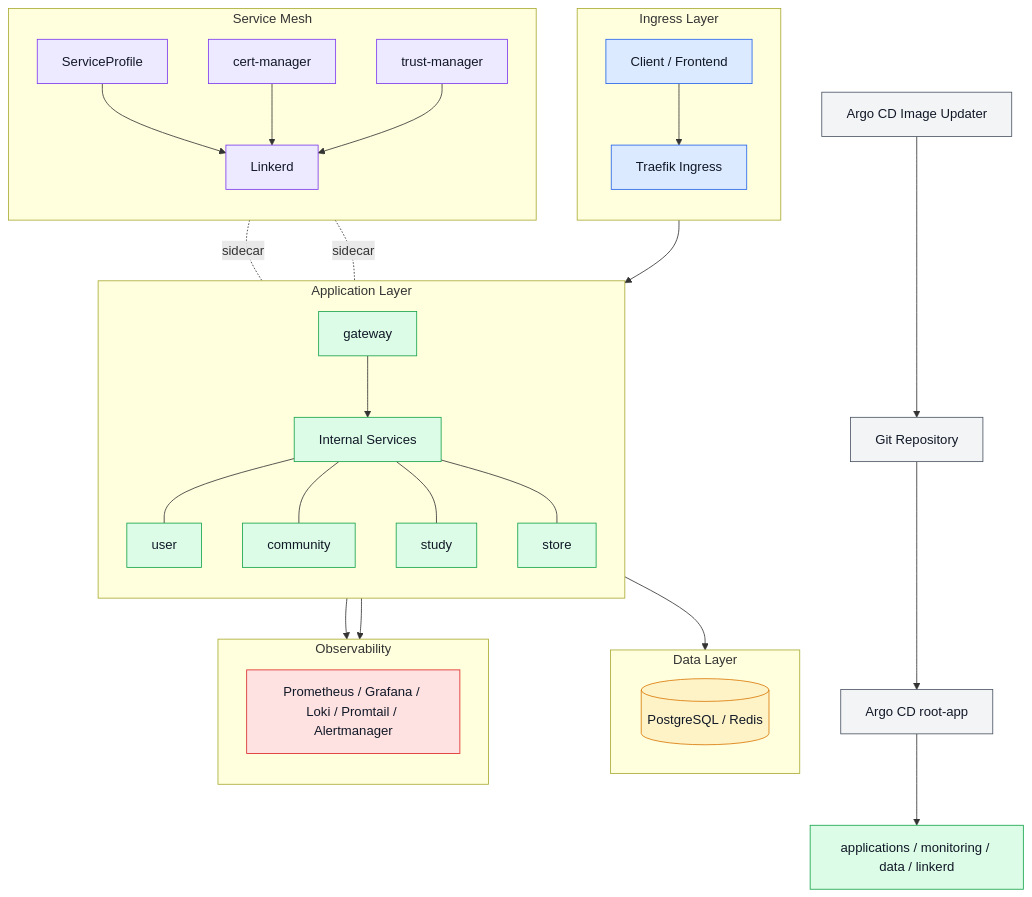
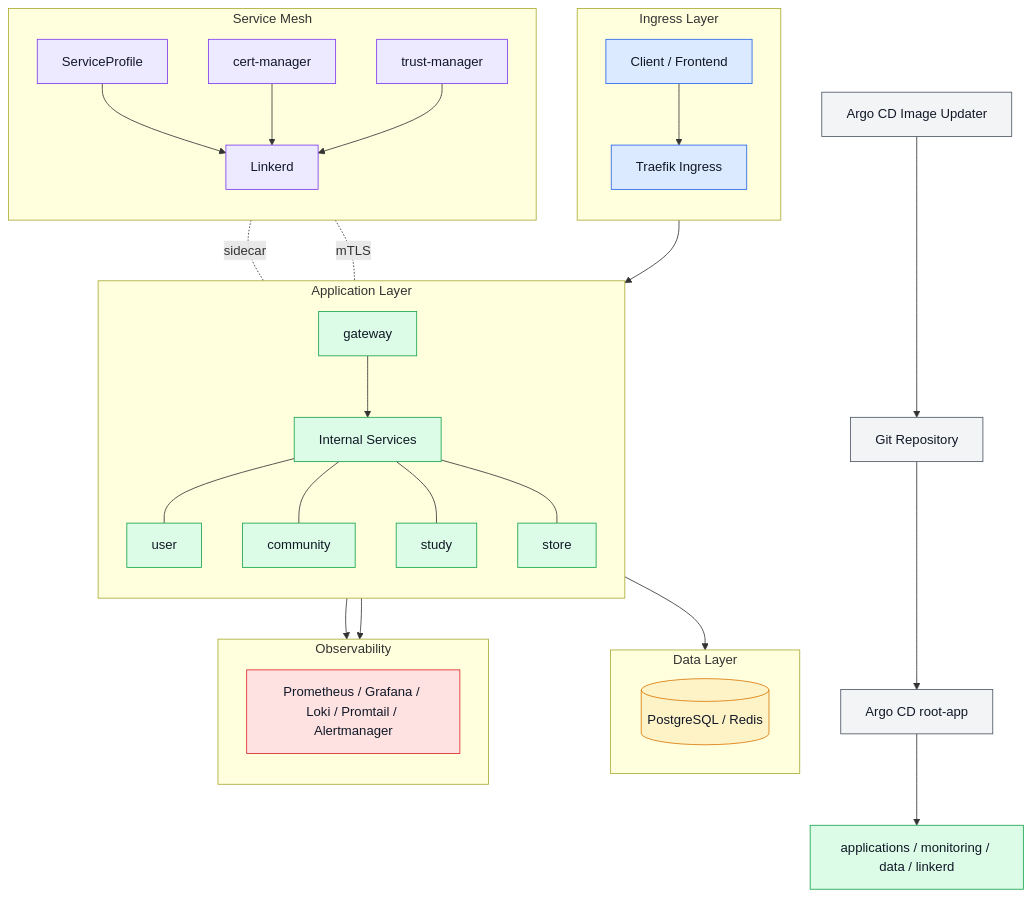
Before and after one commit to checkMateit/checkmate-kubernetes: the diagram in README.md, drawn with Mermaid.

````diff
--- a/README.md
+++ b/README.md
@@ -16,80 +16,80 @@
 ```mermaid
 flowchart TD
     classDef gitops fill:#f3f4f6,stroke:#4b5563,color:#111827,stroke-width:1px;
     classDef ingress fill:#dbeafe,stroke:#2563eb,color:#111827,stroke-width:1px;
     classDef app fill:#dcfce7,stroke:#16a34a,color:#111827,stroke-width:1px;
     classDef data fill:#fef3c7,stroke:#d97706,color:#111827,stroke-width:1px;
     classDef mesh fill:#ede9fe,stroke:#7c3aed,color:#111827,stroke-width:1px;
     classDef obs fill:#fee2e2,stroke:#dc2626,color:#111827,stroke-width:1px;
 
     Repo[Git Repository]
     ImageUpdater[Argo CD Image Updater]
     ArgoCD[Argo CD root-app]
 
     Repo --> ArgoCD
     ImageUpdater --> Repo
 
     subgraph Ingress["Ingress Layer"]
         direction TB
         Client[Client / Frontend]
         Traefik[Traefik Ingress]
         Client --> Traefik
     end
 
     subgraph App["Application Layer"]
         direction TB
         Gateway[gateway]
-       
+
         DevApp[Internal Services]
         User[user]
         Community[community]
         Study[study]
         Store[store]
 
         Traefik --> Gateway
       
         Gateway --> DevApp
         DevApp--- User
         DevApp --- Community
         DevApp --- Study
         DevApp --- Store
     end
 
     subgraph Data["Data Layer"]
         direction LR
         DataStore[(PostgreSQL / Redis)]
     end
 
     DevApp --> DataStore
 
     subgraph Mesh["Service Mesh"]
         direction TB
         Linkerd[Linkerd]
         ServiceProfile[ServiceProfile]
         CertManager[cert-manager]
         TrustManager[trust-manager]
     end
 
     Linkerd -. sidecar .- Gateway
-    Linkerd -. sidecar .- DevApp
+    Linkerd -. mTLS .- DevApp
     ServiceProfile --> Linkerd
     CertManager --> Linkerd
     TrustManager --> Linkerd
 
     subgraph Obs["Observability"]
         direction TB
         Monitoring[Prometheus / Grafana / Loki / Promtail / Alertmanager]
     end
 
     Gateway --> Monitoring
     DevApp --> Monitoring
 
     ArgoCD --> Platform[applications / monitoring / data / linkerd]
 
     class Repo,ImageUpdater,ArgoCD gitops;
     class Client,Traefik ingress;
     class Gateway,DevApp,User,Community,Study,Store,Platform app;
     class DataStore data;
     class Linkerd,ServiceProfile,CertManager,TrustManager mesh;
     class Monitoring obs;
 ```
````
